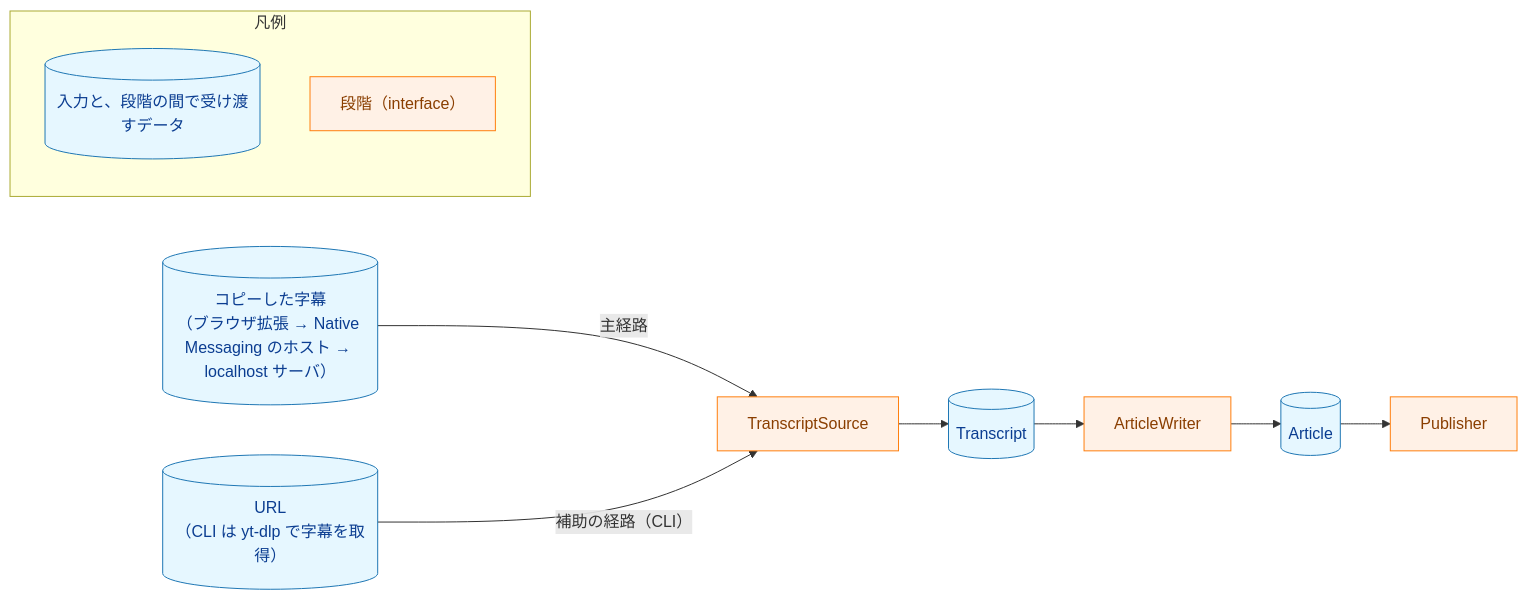
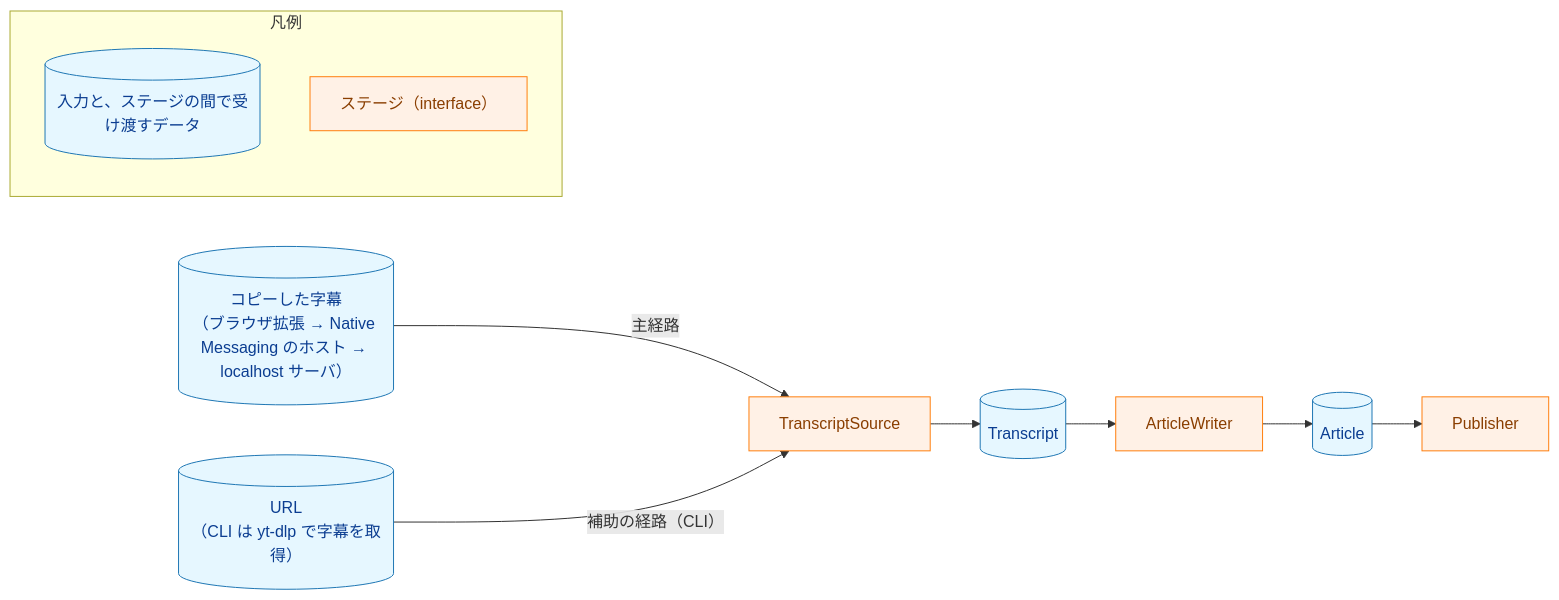
The diagram in docs/dev/project_overview.md (isseis/yt2column), drawn with Mermaid before and after one commit. The commit also changed other lines of this file and 3 other files, not shown here.

````diff
--- a/docs/dev/project_overview.md
+++ b/docs/dev/project_overview.md
@@ -20,27 +20,27 @@
 ```mermaid
 flowchart LR
     classDef data fill:#e6f7ff,stroke:#1f77b4,stroke-width:1px,color:#0b3d91;
     classDef process fill:#fff1e6,stroke:#ff7f0e,stroke-width:1px,color:#8a3e00;
 
     COPIED[("コピーした字幕<br>（ブラウザ拡張 → Native Messaging のホスト → localhost サーバ）")]
     YTDLP[("URL<br>（CLI は yt-dlp で字幕を取得）")]
     SRC["TranscriptSource"]
     TR[("Transcript")]
     WRITER["ArticleWriter"]
     ART[("Article")]
     PUB["Publisher"]
 
     COPIED -->|"主経路"| SRC
     YTDLP -->|"補助の経路（CLI）"| SRC
     SRC --> TR --> WRITER --> ART --> PUB
 
     class COPIED,YTDLP,TR,ART data
     class SRC,WRITER,PUB process
 
     subgraph Legend["凡例"]
-        L1[("入力と、段階の間で受け渡すデータ")]
-        L2["段階（interface）"]
+        L1[("入力と、ステージの間で受け渡すデータ")]
+        L2["ステージ（interface）"]
     end
     class L1 data
     class L2 process
 ```
````
